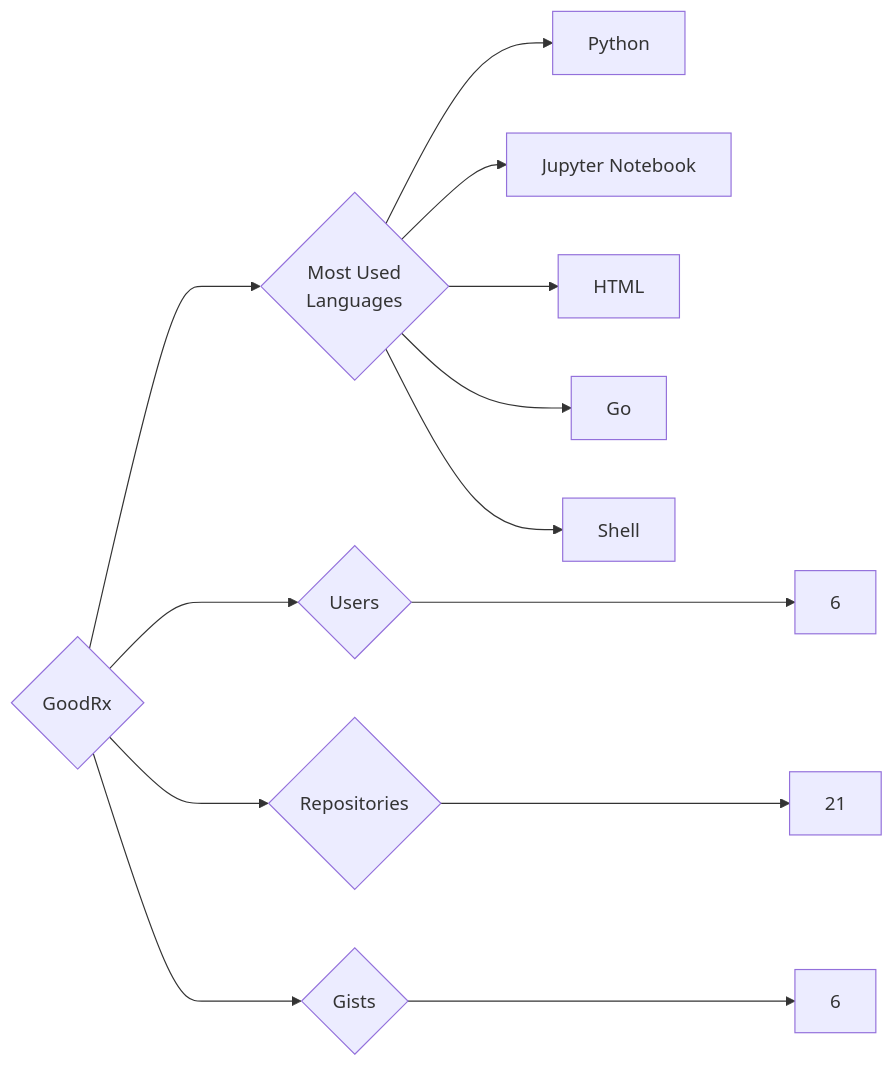
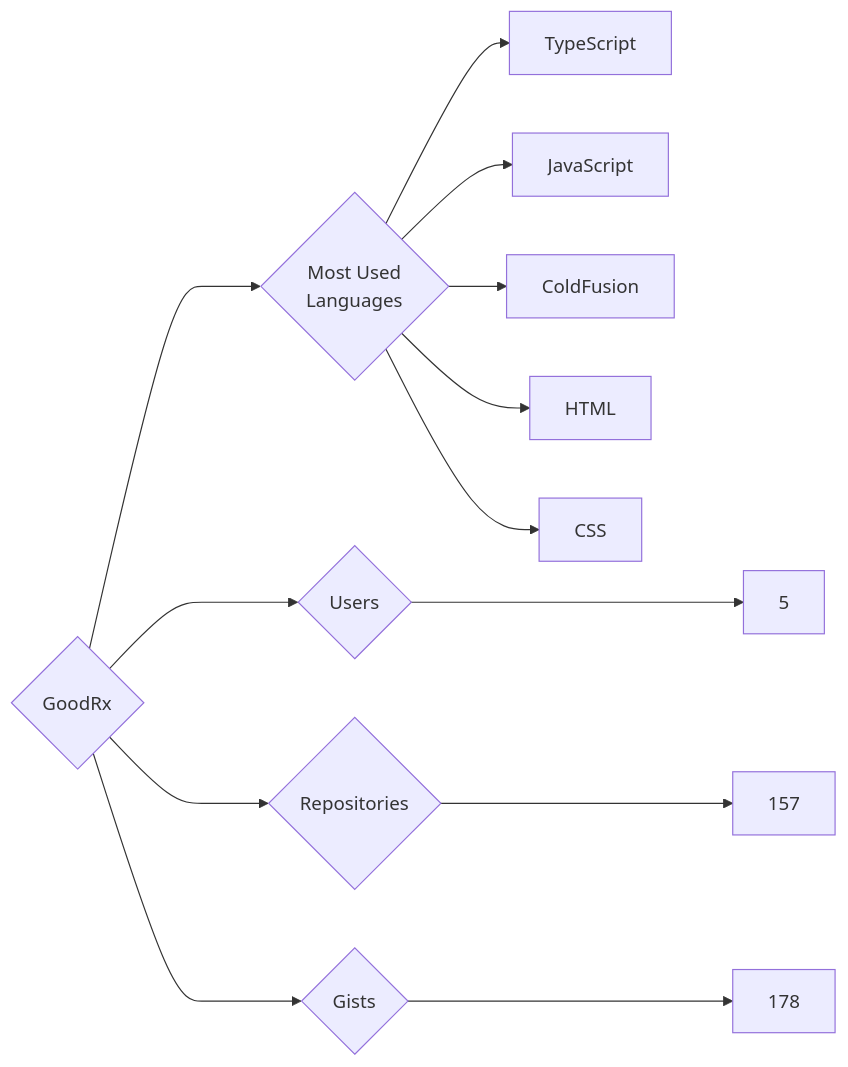
Before and after one commit to trickest/insiders: the diagram in targets/GoodRx/README.md, drawn with Mermaid. The commit also changed 1166 other files, not shown here.

````diff
--- a/targets/GoodRx/README.md
+++ b/targets/GoodRx/README.md
@@ -3,13 +3,13 @@
 ```mermaid
 graph LR
 COMPANY_NAME{GoodRx}
-COMPANY_NAME ---> U{Users} ---> UN[6]
-COMPANY_NAME ---> R{Repositories} ---> RN[21]
-COMPANY_NAME ---> G{Gists} ---> GN[6]
+COMPANY_NAME ---> U{Users} ---> UN[5]
+COMPANY_NAME ---> R{Repositories} ---> RN[157]
+COMPANY_NAME ---> G{Gists} ---> GN[178]
 COMPANY_NAME ---> ML{Most Used<br>Languages}
-ML --> Python[Python]
-ML --> Jupyter_Notebook[Jupyter Notebook]
+ML --> TypeScript[TypeScript]
+ML --> JavaScript[JavaScript]
+ML --> ColdFusion[ColdFusion]
 ML --> HTML[HTML]
-ML --> Go[Go]
-ML --> Shell[Shell]
+ML --> CSS[CSS]
 ```
````
